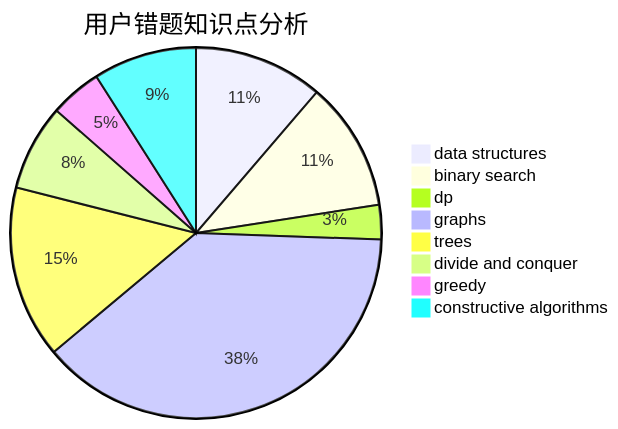
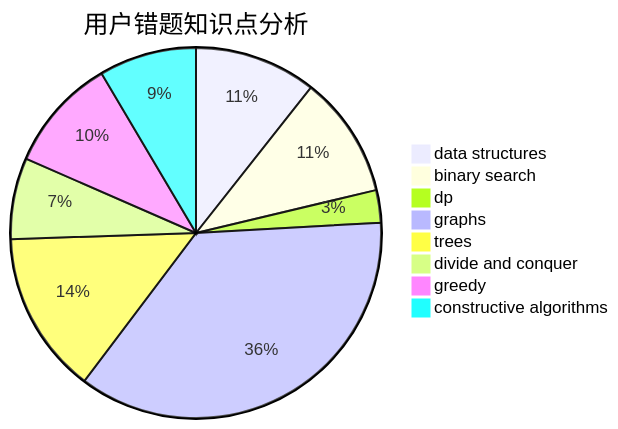
Before and after one commit to sherpahu/cfrs.github.io: the third of 3 diagrams in docs/user/u1650.md, drawn with Mermaid. The commit also changed other lines of this file and 2770 other files, not shown here.

````diff
--- a/docs/user/u1650.md
+++ b/docs/user/u1650.md
@@ -36,11 +36,11 @@
 ```mermaid
 pie title 用户错题知识点分析
     "data structures" :  15
     "binary search" :  15
     "dp" :  4
     "graphs" :  51
     "trees" :  20
     "divide and conquer" :  10
-    "greedy" :  6
+    "greedy" :  14
     "constructive algorithms" :  12
 ```
````
